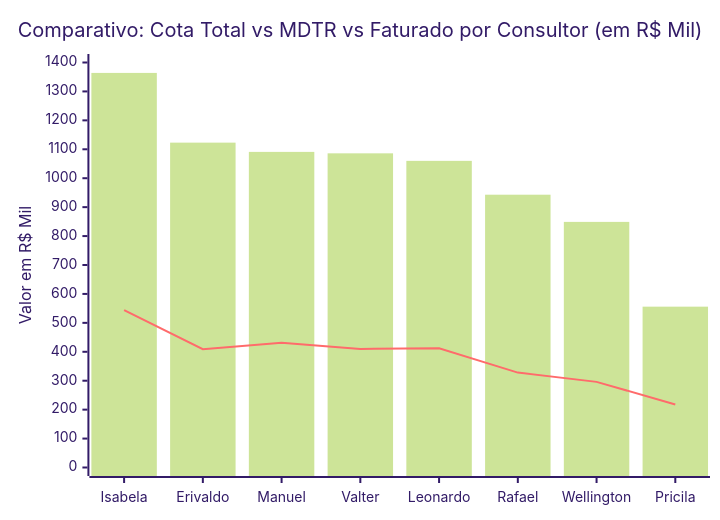
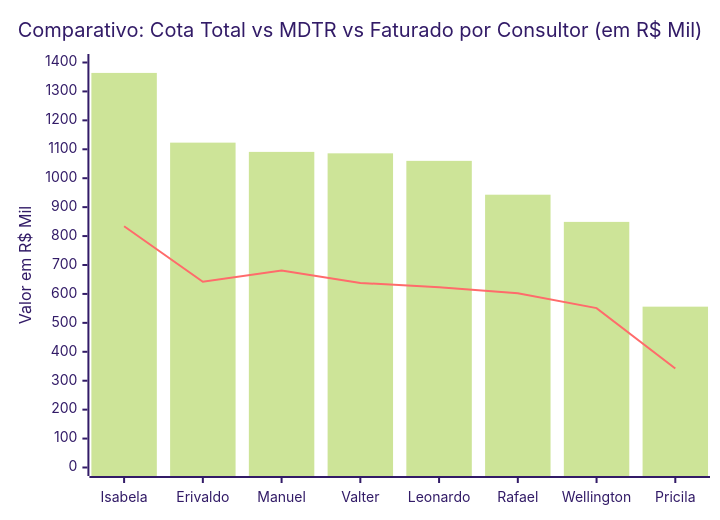
Before and after one commit to cabralnetto26-ship-it/Acompanhamento-Outubro: the diagram in ANALISE_SETORES_COTA_MDTR_OUTUBRO2026.md, drawn with Mermaid (forest theme). The commit also changed other lines of this file and 5 other files, not shown here.

````diff
--- a/ANALISE_SETORES_COTA_MDTR_OUTUBRO2026.md
+++ b/ANALISE_SETORES_COTA_MDTR_OUTUBRO2026.md
@@ -50,8 +50,8 @@
 ```mermaid
 xychart-beta
     title "Comparativo: Cota Total vs MDTR vs Faturado por Consultor (em R$ Mil)"
     x-axis ["Isabela", "Erivaldo", "Manuel", "Valter", "Leonardo", "Rafael", "Wellington", "Pricila"]
     y-axis "Valor em R$ Mil" 0 --> 1400
     bar [1364, 1123, 1091, 1086, 1060, 943, 849, 556]
-    line [544, 409, 431, 410, 412, 328, 296, 218]
+    line [834, 642, 681, 638, 623, 602, 551, 342]
 ```
````
